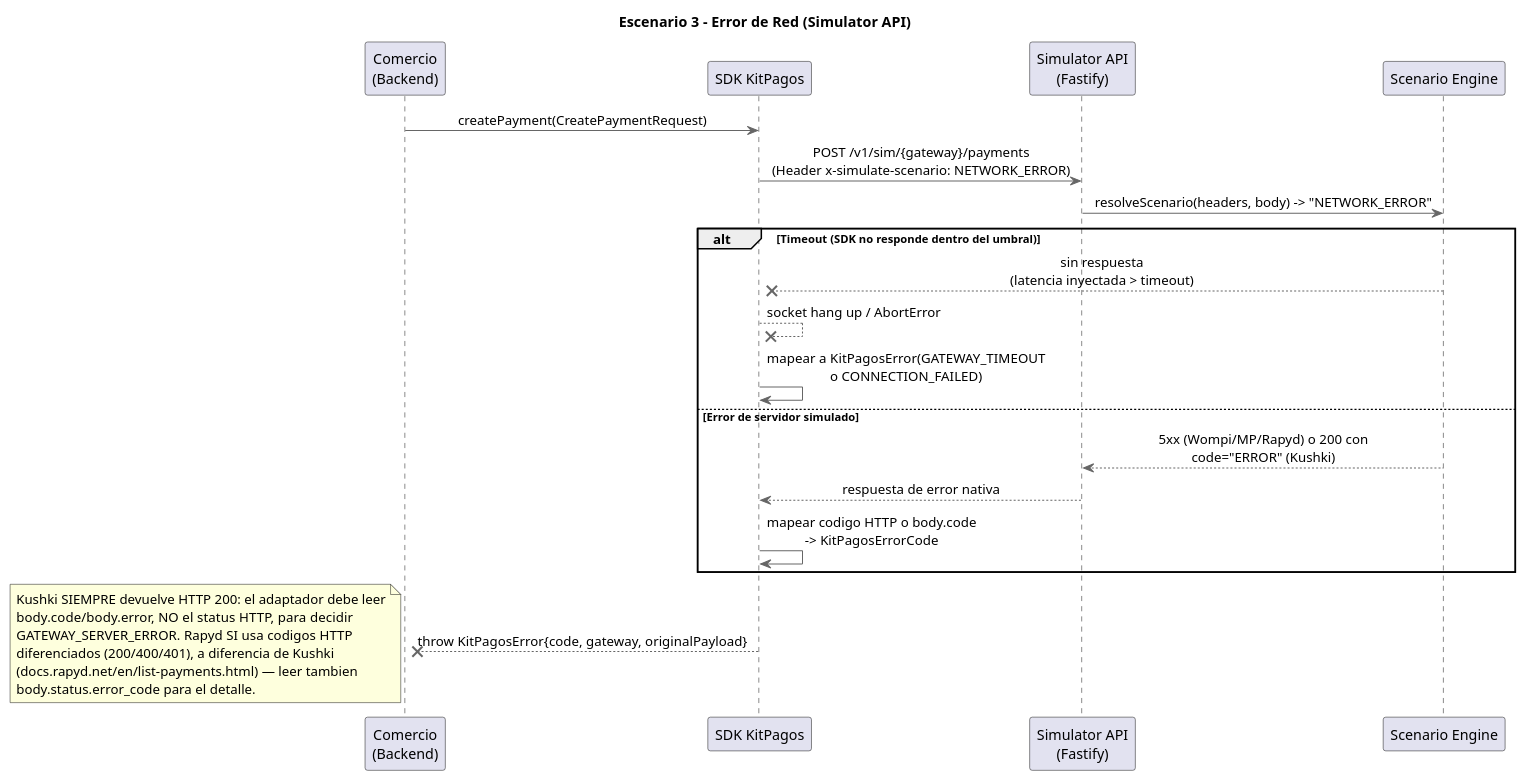
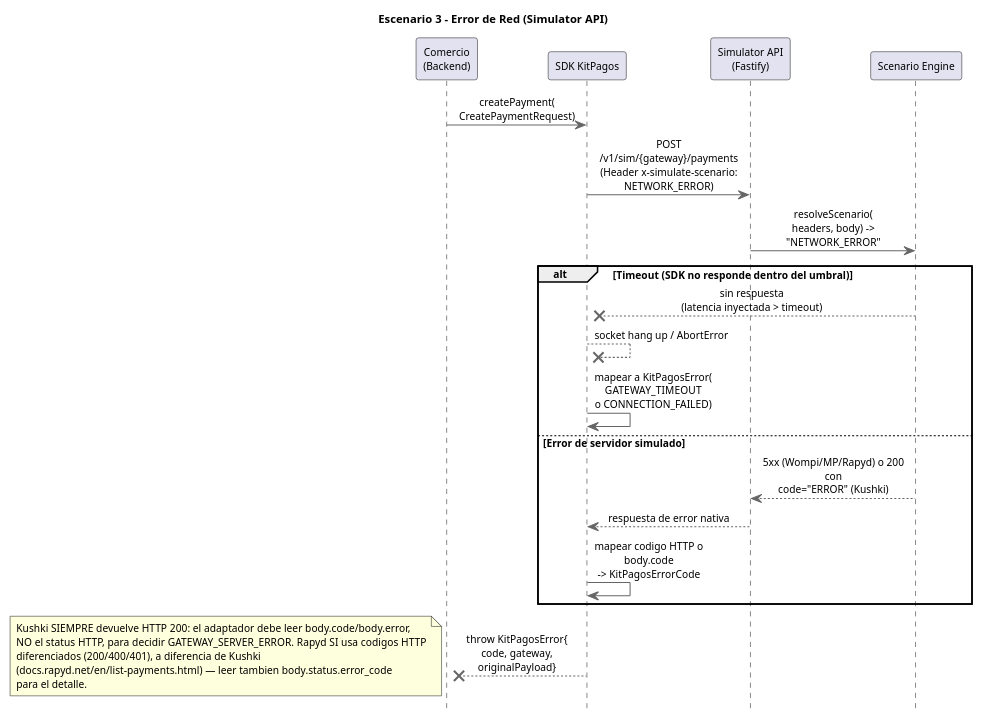
Before and after one commit to PurosBrothers/Kit-Pagos-Colombia---Tesis: the diagram in docs/architecture/Simulador API/diagrams-source/sequence-network-error.puml, drawn with PlantUML. The commit also changed 87 other files, not shown here.

```diff
--- a/docs/architecture/Simulador API/diagrams-source/sequence-network-error.puml
+++ b/docs/architecture/Simulador API/diagrams-source/sequence-network-error.puml
@@ -1,38 +1,49 @@
 @startuml Sequence Diagram - Network Error
 title Escenario 3 - Error de Red (Simulator API)
 skinparam backgroundColor white
+skinparam defaultFontName Helvetica
+skinparam defaultFontSize 10
+skinparam titleFontSize 11
+skinparam ParticipantFontSize 10
+skinparam ActorFontSize 10
+skinparam ArrowFontSize 10
+skinparam NoteFontSize 10
+skinparam SequenceGroupFontSize 10
+skinparam SequenceGroupHeaderFontSize 10
+skinparam SequenceDividerFontSize 10
+skinparam maxMessageSize 150
+hide footbox
 skinparam sequenceMessageAlign center
 skinparam ArrowColor #666666
 skinparam LifeLineBorderColor #666666
 
 participant "Comercio\n(Backend)" as Comercio
 participant "SDK KitPagos" as SDK
 participant "Simulator API\n(Fastify)" as SimAPI
 participant "Scenario Engine" as Engine
 
-Comercio -> SDK : createPayment(CreatePaymentRequest)
+Comercio -> SDK : createPayment(\nCreatePaymentRequest)
 SDK -> SimAPI : POST /v1/sim/{gateway}/payments\n(Header x-simulate-scenario: NETWORK_ERROR)
-SimAPI -> Engine : resolveScenario(headers, body) -> "NETWORK_ERROR"
+SimAPI -> Engine : resolveScenario(\nheaders, body) ->\n"NETWORK_ERROR"
 
 alt Timeout (SDK no responde dentro del umbral)
   Engine -->x SDK : sin respuesta\n(latencia inyectada > timeout)
   SDK -->x SDK : socket hang up / AbortError
-  SDK -> SDK : mapear a KitPagosError(GATEWAY_TIMEOUT\no CONNECTION_FAILED)
+  SDK -> SDK : mapear a KitPagosError(\nGATEWAY_TIMEOUT\no CONNECTION_FAILED)
 else Error de servidor simulado
   Engine --> SimAPI : 5xx (Wompi/MP/Rapyd) o 200 con\ncode="ERROR" (Kushki)
   SimAPI --> SDK : respuesta de error nativa
   SDK -> SDK : mapear codigo HTTP o body.code\n-> KitPagosErrorCode
 end
 
-SDK -->x Comercio : throw KitPagosError{code, gateway, originalPayload}
+SDK -->x Comercio : throw KitPagosError{\ncode, gateway,\noriginalPayload}
 
 note bottom
-  Kushki SIEMPRE devuelve HTTP 200: el adaptador debe leer
-  body.code/body.error, NO el status HTTP, para decidir
-  GATEWAY_SERVER_ERROR. Rapyd SI usa codigos HTTP
+  Kushki SIEMPRE devuelve HTTP 200: el adaptador debe leer body.code/body.error,
+  NO el status HTTP, para decidir GATEWAY_SERVER_ERROR. Rapyd SI usa codigos HTTP
   diferenciados (200/400/401), a diferencia de Kushki
-  (docs.rapyd.net/en/list-payments.html) — leer tambien
-  body.status.error_code para el detalle.
+  (docs.rapyd.net/en/list-payments.html) — leer tambien body.status.error_code
+  para el detalle.
 end note
 
 @enduml
```
